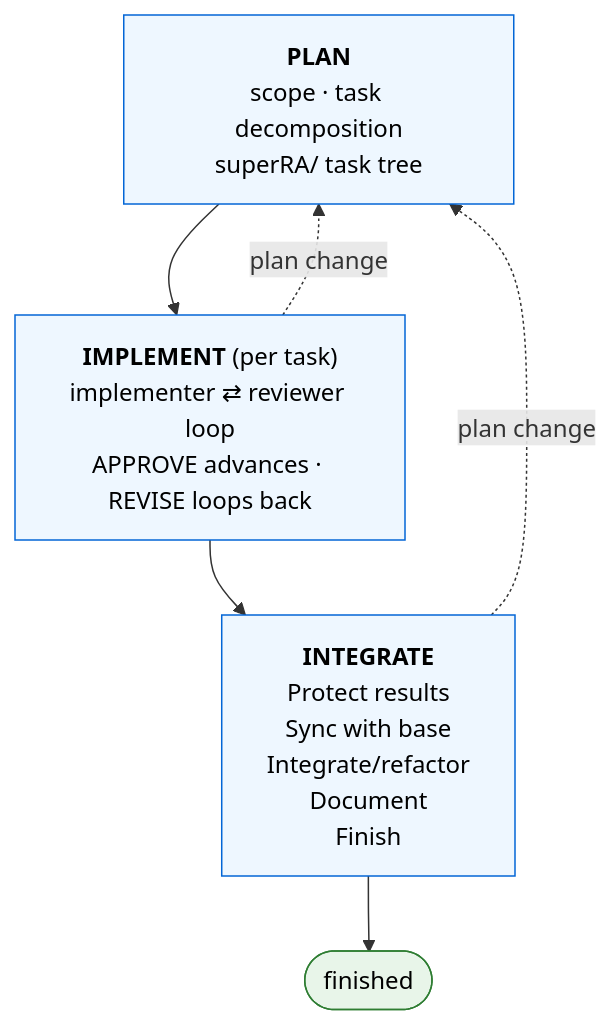
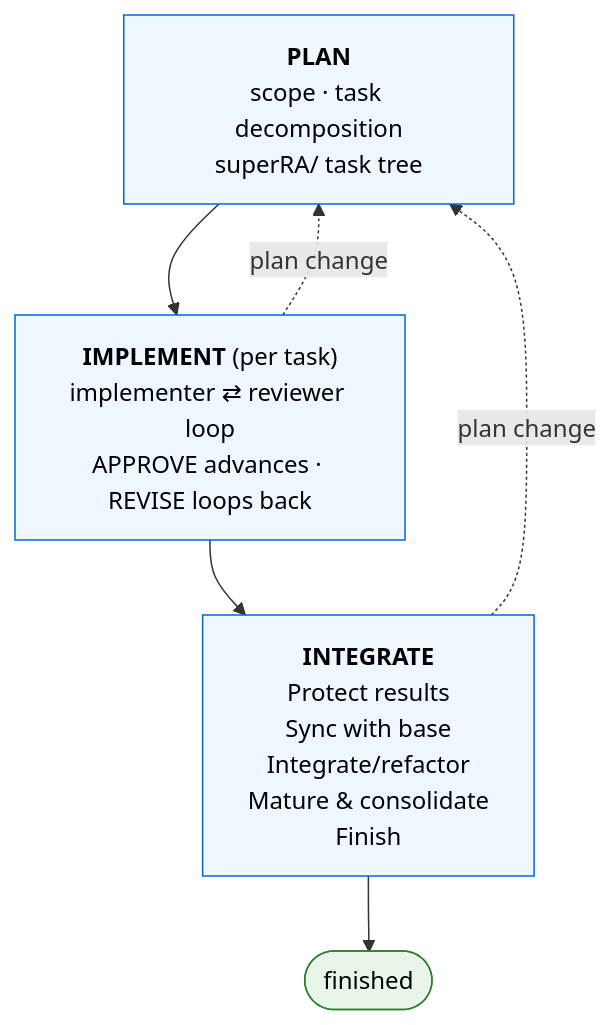
Before and after one commit to FuZhiyu/superRA: the diagram in README.md, drawn with Mermaid. The commit also changed 18 other files, not shown here.

First line of the commit message:
integrate(consolidation-doc-redesign): merge Consolidation Gate + Document into one Mature & Consolidate stage

````diff
--- a/README.md
+++ b/README.md
@@ -33,19 +33,19 @@
 ```mermaid
 flowchart TB
     PLAN["<b>PLAN</b><br/>scope · task decomposition<br/>superRA/ task tree"]
     IMPLEMENT["<b>IMPLEMENT</b> (per task)<br/>implementer ⇄ reviewer loop<br/>APPROVE advances · REVISE loops back"]
-    INTEGRATE["<b>INTEGRATE</b><br/>Protect results <br/>Sync with base<br/>Integrate/refactor<br/>Document<br/>Finish"]
+    INTEGRATE["<b>INTEGRATE</b><br/>Protect results <br/>Sync with base<br/>Integrate/refactor<br/>Mature & consolidate<br/>Finish"]
     FINISHED(["finished"])
 
     PLAN --> IMPLEMENT
     IMPLEMENT --> INTEGRATE
     INTEGRATE --> FINISHED
 
     IMPLEMENT -. "plan change" .-> PLAN
     INTEGRATE -. "plan change" .-> PLAN
 
     classDef phase fill:#eef7ff,stroke:#0366d6,color:#000
     classDef terminal fill:#e8f5e9,stroke:#2e7d32,color:#000
     class PLAN,IMPLEMENT,INTEGRATE phase
     class FINISHED terminal
 ```
````
